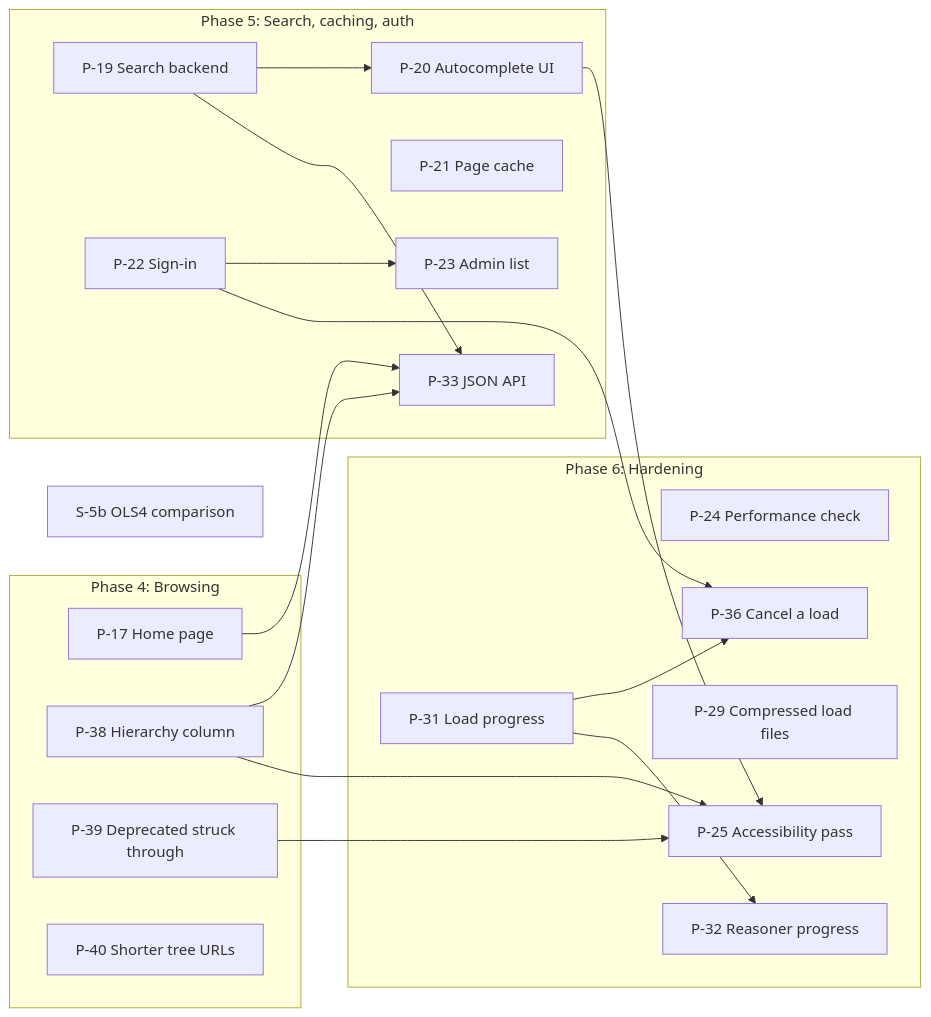
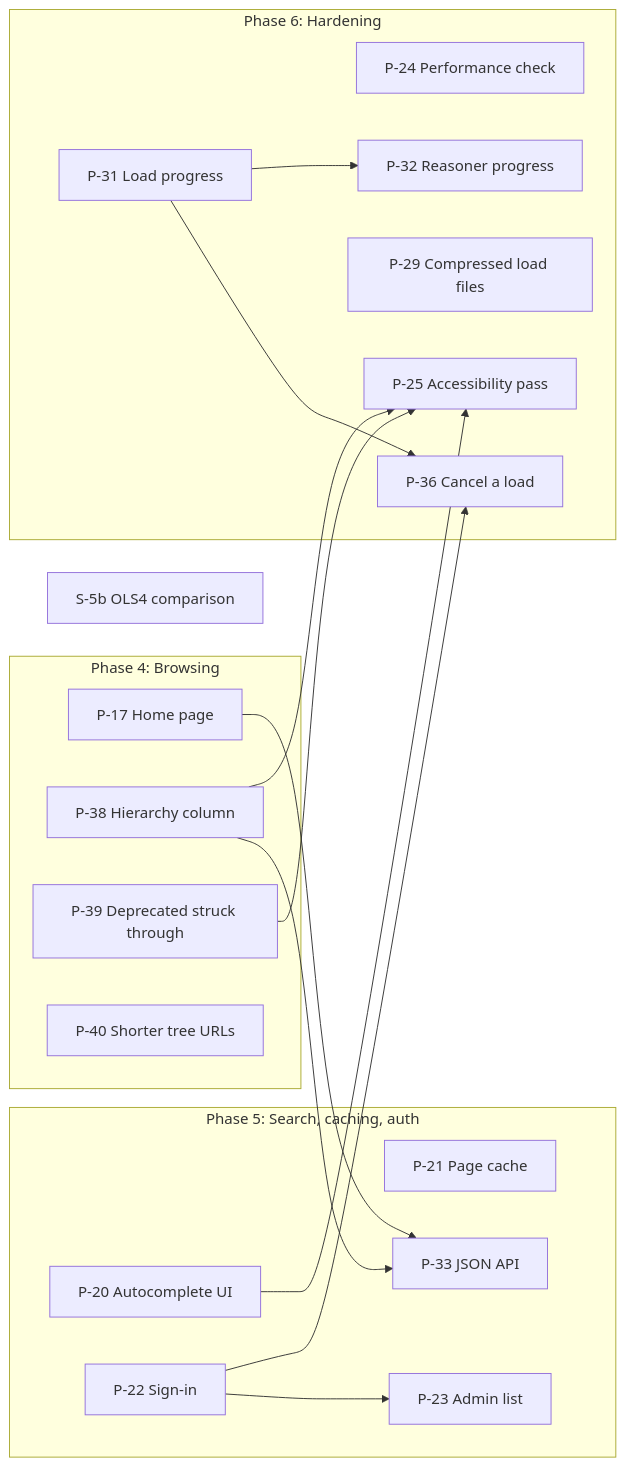
Before and after one commit to jclerman/browl: the diagram in docs/DESIGN.md, drawn with Mermaid. The commit also changed other lines of this file and 17 other files, not shown here.

First line of the commit message:
P-19: SearchBackend interface and SQLite search with ranking

````diff
--- a/docs/DESIGN.md
+++ b/docs/DESIGN.md
@@ -1663,33 +1690,31 @@
 ```mermaid
 flowchart LR
     subgraph P4["Phase 4: Browsing"]
         P17["P-17 Home page"]
         P38["P-38 Hierarchy column"]
         P39["P-39 Deprecated struck through"]
         P40["P-40 Shorter tree URLs"]
     end
     subgraph P5["Phase 5: Search, caching, auth"]
-        P19["P-19 Search backend"]
         P20["P-20 Autocomplete UI"]
         P21["P-21 Page cache"]
         P22["P-22 Sign-in"]
         P23["P-23 Admin list"]
         P33["P-33 JSON API"]
     end
     subgraph P6["Phase 6: Hardening"]
         P24["P-24 Performance check"]
         P25["P-25 Accessibility pass"]
         P29["P-29 Compressed load files"]
         P31["P-31 Load progress"]
         P32["P-32 Reasoner progress"]
         P36["P-36 Cancel a load"]
     end
     S5b["S-5b OLS4 comparison"]
 
-    P19 --> P20
-    P17 & P19 & P38 --> P33
+    P17 & P38 --> P33
     P20 & P38 & P39 --> P25
     P22 --> P23
     P22 & P31 --> P36
     P31 --> P32
 ```
````
